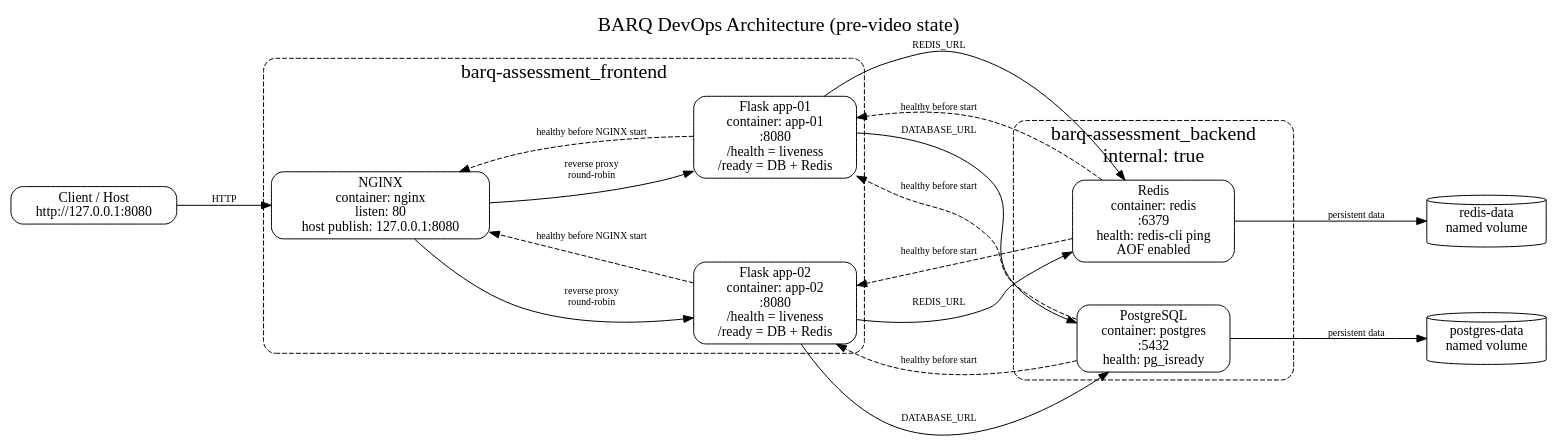
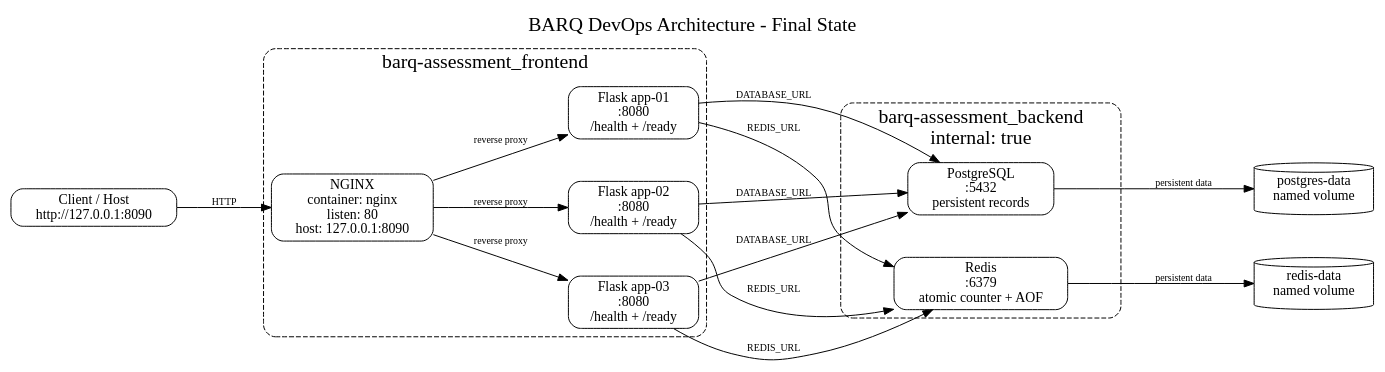
The diagram in architecture.dot (JRSallam28/barq), drawn with Graphviz before and after one commit. The commit also changed 8 other files, not shown here.

```diff
--- a/architecture.dot
+++ b/architecture.dot
@@ -1,56 +1,54 @@
 digraph BARQ {
   graph [
     rankdir=LR,
     labelloc="t",
-    label="BARQ DevOps Architecture (pre-video state)",
+    label="BARQ DevOps Architecture - Final State",
     fontsize=20,
     nodesep=0.6,
     ranksep=0.9
   ];
 
   node [shape=box, style="rounded,filled", fillcolor=white];
   edge [fontsize=10];
 
-  client [label="Client / Host\nhttp://127.0.0.1:8080"];
+  client [label="Client / Host\nhttp://127.0.0.1:8090"];
 
   subgraph cluster_frontend {
     label="barq-assessment_frontend";
     style="rounded,dashed";
 
-    nginx [label="NGINX\ncontainer: nginx\nlisten: 80\nhost publish: 127.0.0.1:8080"];
+    nginx [label="NGINX\ncontainer: nginx\nlisten: 80\nhost: 127.0.0.1:8090"];
 
-    app01 [label="Flask app-01\ncontainer: app-01\n:8080\n/health = liveness\n/ready = DB + Redis"];
-    app02 [label="Flask app-02\ncontainer: app-02\n:8080\n/health = liveness\n/ready = DB + Redis"];
+    app01 [label="Flask app-01\n:8080\n/health + /ready"];
+    app02 [label="Flask app-02\n:8080\n/health + /ready"];
+    app03 [label="Flask app-03\n:8080\n/health + /ready"];
   }
 
   subgraph cluster_backend {
     label="barq-assessment_backend\ninternal: true";
     style="rounded,dashed";
 
-    postgres [label="PostgreSQL\ncontainer: postgres\n:5432\nhealth: pg_isready"];
-    redis [label="Redis\ncontainer: redis\n:6379\nhealth: redis-cli ping\nAOF enabled"];
+    postgres [label="PostgreSQL\n:5432\npersistent records"];
+    redis [label="Redis\n:6379\natomic counter + AOF"];
   }
 
   pgvol [shape=cylinder, label="postgres-data\nnamed volume"];
   redisvol [shape=cylinder, label="redis-data\nnamed volume"];
 
   client -> nginx [label="HTTP"];
-  nginx -> app01 [label="reverse proxy\nround-robin"];
-  nginx -> app02 [label="reverse proxy\nround-robin"];
+
+  nginx -> app01 [label="reverse proxy"];
+  nginx -> app02 [label="reverse proxy"];
+  nginx -> app03 [label="reverse proxy"];
 
   app01 -> postgres [label="DATABASE_URL"];
   app02 -> postgres [label="DATABASE_URL"];
+  app03 -> postgres [label="DATABASE_URL"];
+
   app01 -> redis [label="REDIS_URL"];
   app02 -> redis [label="REDIS_URL"];
+  app03 -> redis [label="REDIS_URL"];
 
   postgres -> pgvol [label="persistent data"];
   redis -> redisvol [label="persistent data"];
-
-  postgres -> app01 [style=dashed, label="healthy before start"];
-  redis -> app01 [style=dashed, label="healthy before start"];
-  postgres -> app02 [style=dashed, label="healthy before start"];
-  redis -> app02 [style=dashed, label="healthy before start"];
-
-  app01 -> nginx [style=dashed, label="healthy before NGINX start"];
-  app02 -> nginx [style=dashed, label="healthy before NGINX start"];
 }
```
